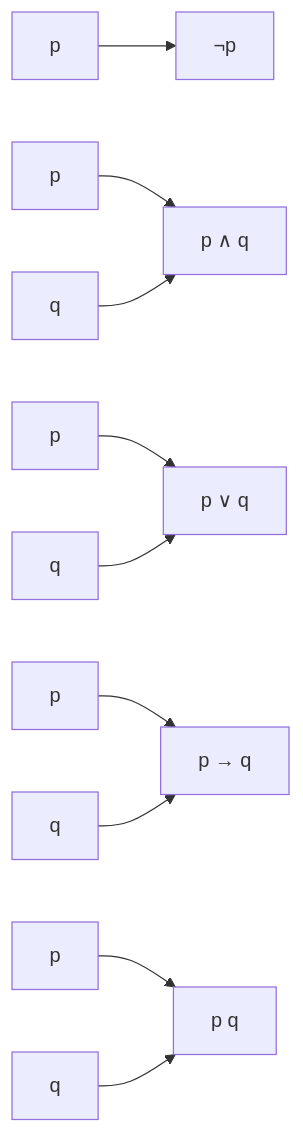
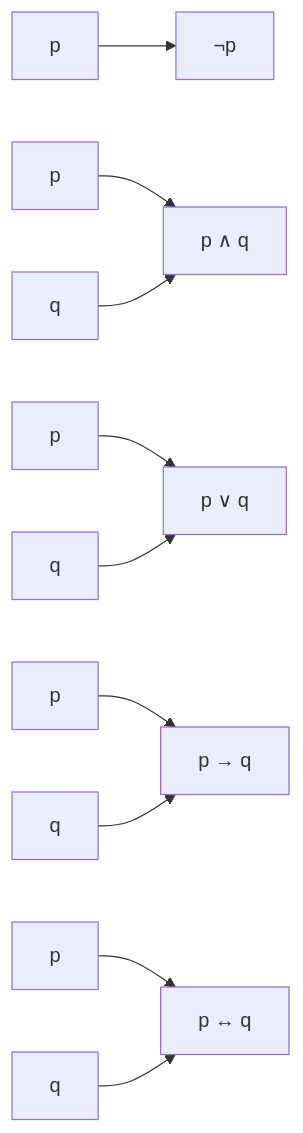
Before and after one commit to PanagopoulosNikolaos/DitOpenNotes: the second of 5 diagrams in Year_1/Semester_2/DISCRETE_MATHEMATICS/Resources/Notes/5_Propositional Logic.md, drawn with Mermaid. The commit also changed other lines of this file and 8 other files, not shown here.

````diff
--- a/Year_1/Semester_2/DISCRETE_MATHEMATICS/Resources/Notes/5_Propositional Logic.md
+++ b/Year_1/Semester_2/DISCRETE_MATHEMATICS/Resources/Notes/5_Propositional Logic.md
@@ -73,12 +73,12 @@
 ```mermaid
 graph LR
     A[p] --> B[¬p]
     C[p] --> D[p ∧ q]
     E[q] --> D
     F[p] --> G[p ∨ q]
     H[q] --> G
     I[p] --> J[p → q]
     K[q] --> J
-    L[p] --> M[p  q]
+    L[p] --> M[p ↔ q]
     N[q] --> M
 ```
````
